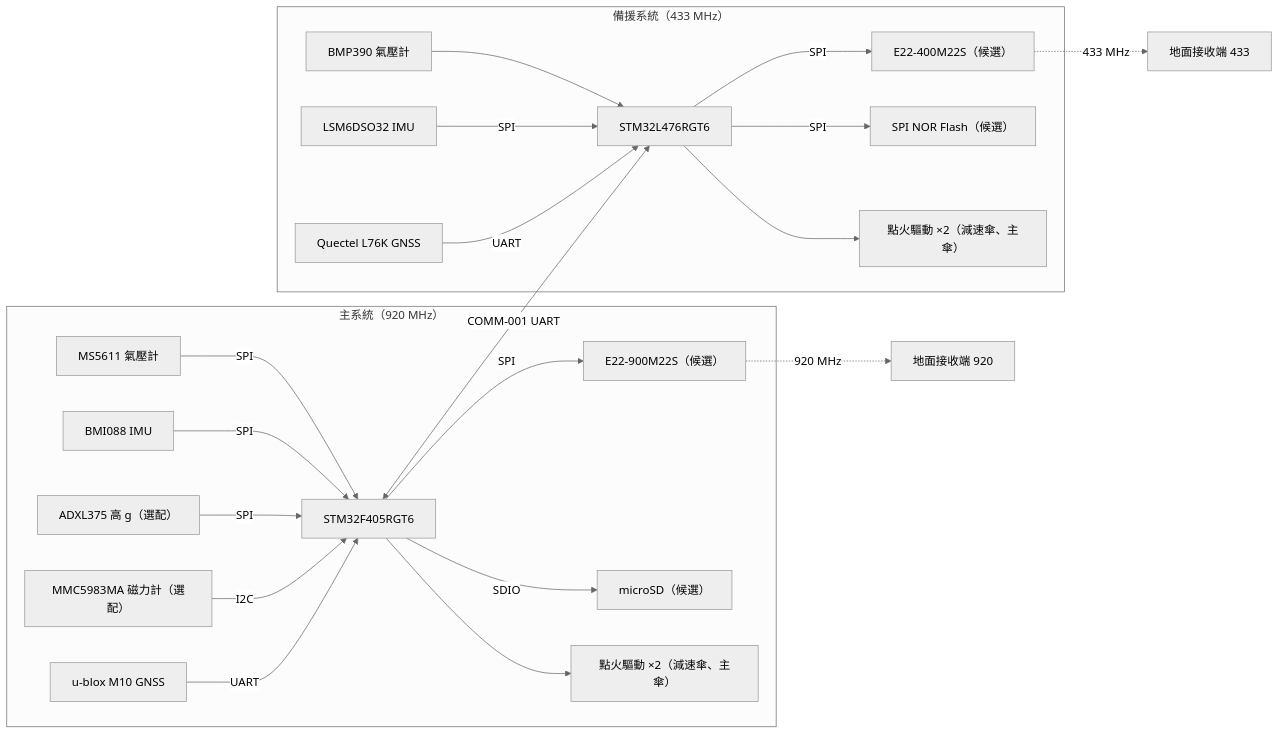
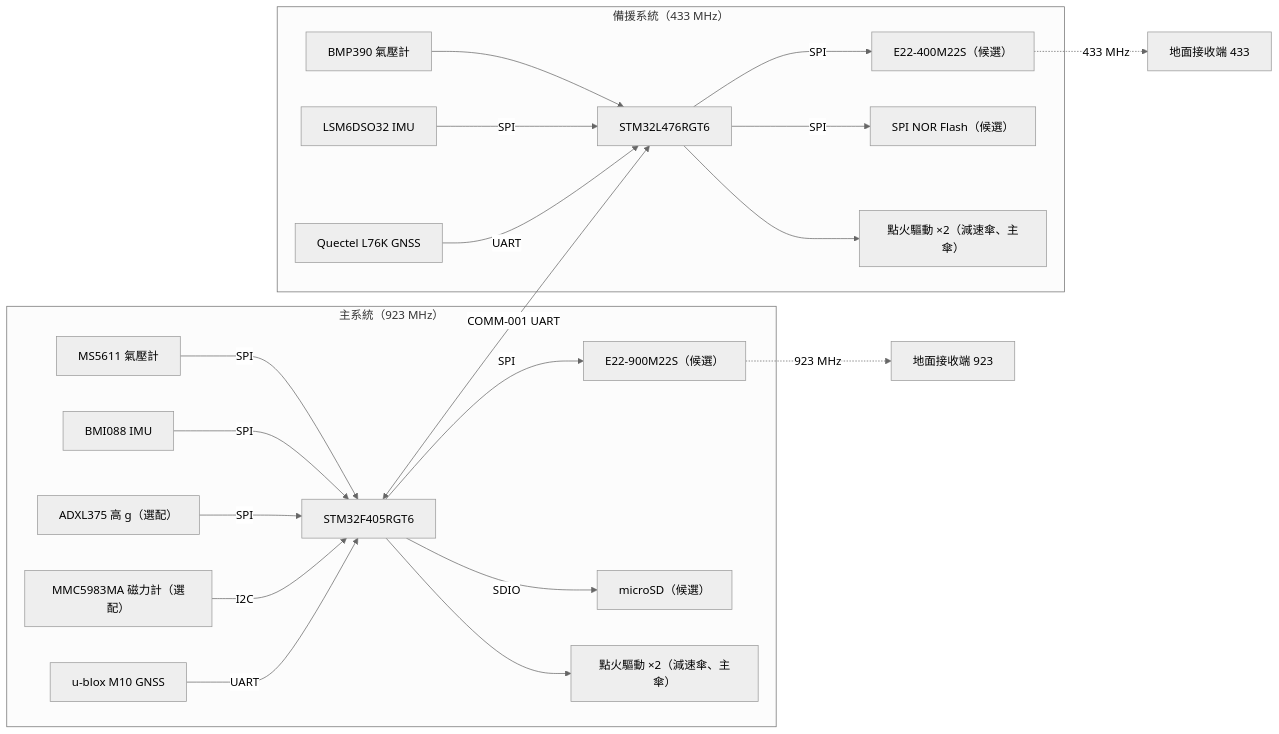
The diagram in docs/architecture.md (rat0mu/ISP-2027RTC), drawn with Mermaid (neutral theme) before and after one commit. The commit also changed other lines of this file and 5 other files, not shown here.

````diff
--- a/docs/architecture.md
+++ b/docs/architecture.md
@@ -39,26 +39,26 @@
 ```mermaid
 flowchart LR
-  subgraph MAIN["主系統（920 MHz）"]
+  subgraph MAIN["主系統（923 MHz）"]
     F405["STM32F405RGT6"]
     MS5611["MS5611 氣壓計"] -- SPI --> F405
     BMI088["BMI088 IMU"] -- SPI --> F405
     ADXL375["ADXL375 高 g（選配）"] -- SPI --> F405
     MMC["MMC5983MA 磁力計（選配）"] -- I2C --> F405
     M10["u-blox M10 GNSS"] -- UART --> F405
     F405 -- SPI --> R920["E22-900M22S（候選）"]
     F405 -- SDIO --> SD["microSD（候選）"]
     F405 --> PYRO1["點火驅動 ×2（減速傘、主傘）"]
   end
   subgraph BACKUP["備援系統（433 MHz）"]
     L476["STM32L476RGT6"]
     BMP390["BMP390 氣壓計"] --> L476
     LSM["LSM6DSO32 IMU"] -- SPI --> L476
     L76K["Quectel L76K GNSS"] -- UART --> L476
     L476 -- SPI --> R433["E22-400M22S（候選）"]
     L476 -- SPI --> FLASH["SPI NOR Flash（候選）"]
     L476 --> PYRO2["點火驅動 ×2（減速傘、主傘）"]
   end
   F405 <-- "COMM-001 UART" --> L476
-  R920 -. 920 MHz .-> GS1["地面接收端 920"]
+  R920 -. 923 MHz .-> GS1["地面接收端 923"]
   R433 -. 433 MHz .-> GS2["地面接收端 433"]
 ```
````
